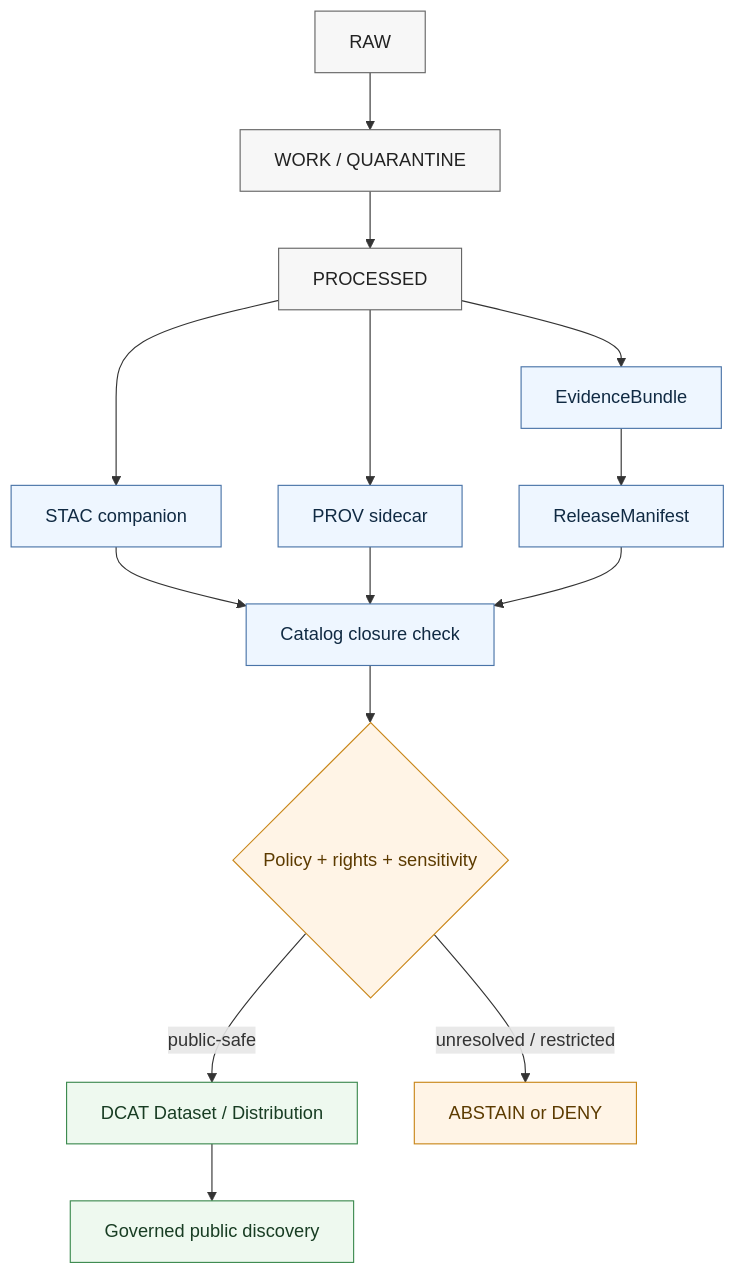
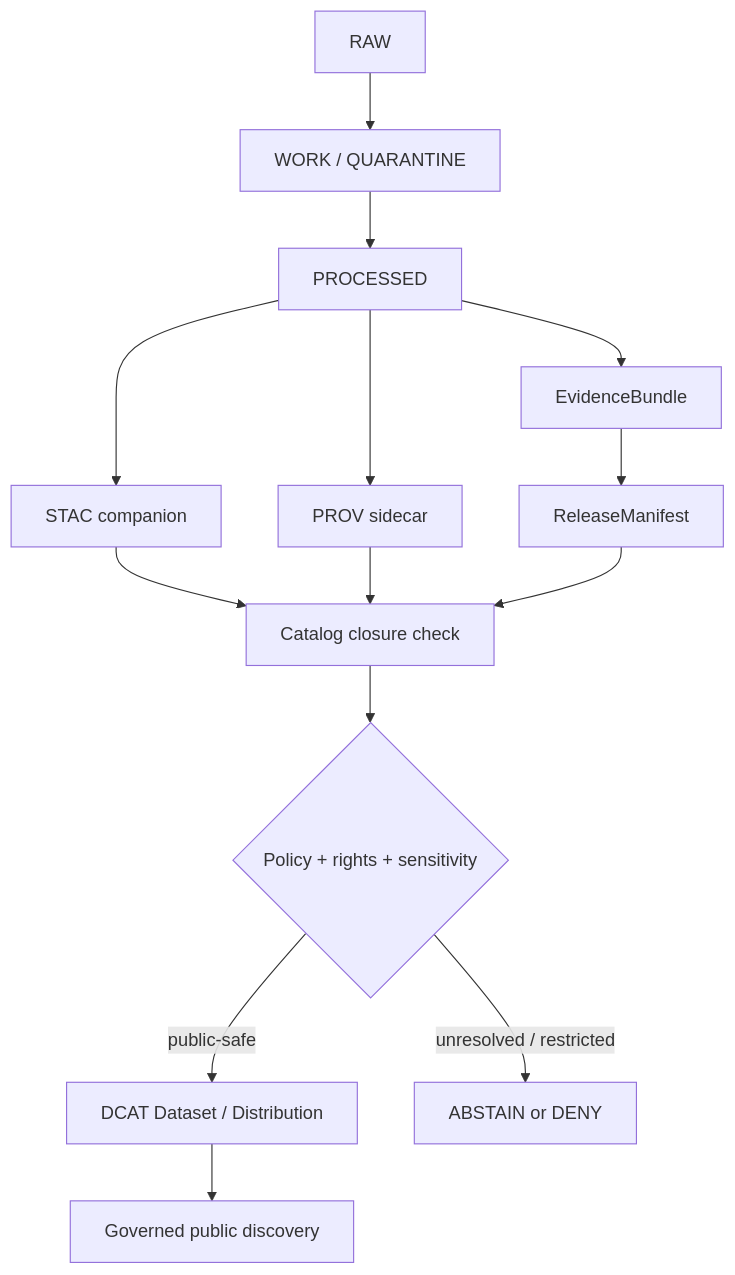
One commit to bartytime4life/Kansas-Frontier-Matrix changed the diagram in docs/catalog/dcat/KFM_DCAT_EXPORT_PROFILE.md. Above: the diagram before and after it, drawn with Mermaid. The commit also changed other lines of this file, not shown here.

````diff
--- a/docs/catalog/dcat/KFM_DCAT_EXPORT_PROFILE.md
+++ b/docs/catalog/dcat/KFM_DCAT_EXPORT_PROFILE.md
@@ -109,25 +138,16 @@
 ```mermaid
 flowchart TD
     A[RAW] --> B[WORK / QUARANTINE]
     B --> C[PROCESSED]
     C --> D[EvidenceBundle]
     C --> E[STAC companion]
     C --> F[PROV sidecar]
     D --> G[ReleaseManifest]
     E --> H[Catalog closure check]
     F --> H
     G --> H
     H --> I{Policy + rights + sensitivity}
     I -- public-safe --> J[DCAT Dataset / Distribution]
     I -- unresolved / restricted --> K[ABSTAIN or DENY]
     J --> L[Governed public discovery]
-
-    classDef source fill:#f7f7f7,stroke:#666,color:#222;
-    classDef proof fill:#eef6ff,stroke:#4a74a8,color:#102a43;
-    classDef gate fill:#fff4e6,stroke:#c9871a,color:#5c3b00;
-    classDef publish fill:#eef9ef,stroke:#3d8b50,color:#183d23;
-    class A,B,C source;
-    class D,E,F,G,H proof;
-    class I,K gate;
-    class J,L publish;
 ```
````
